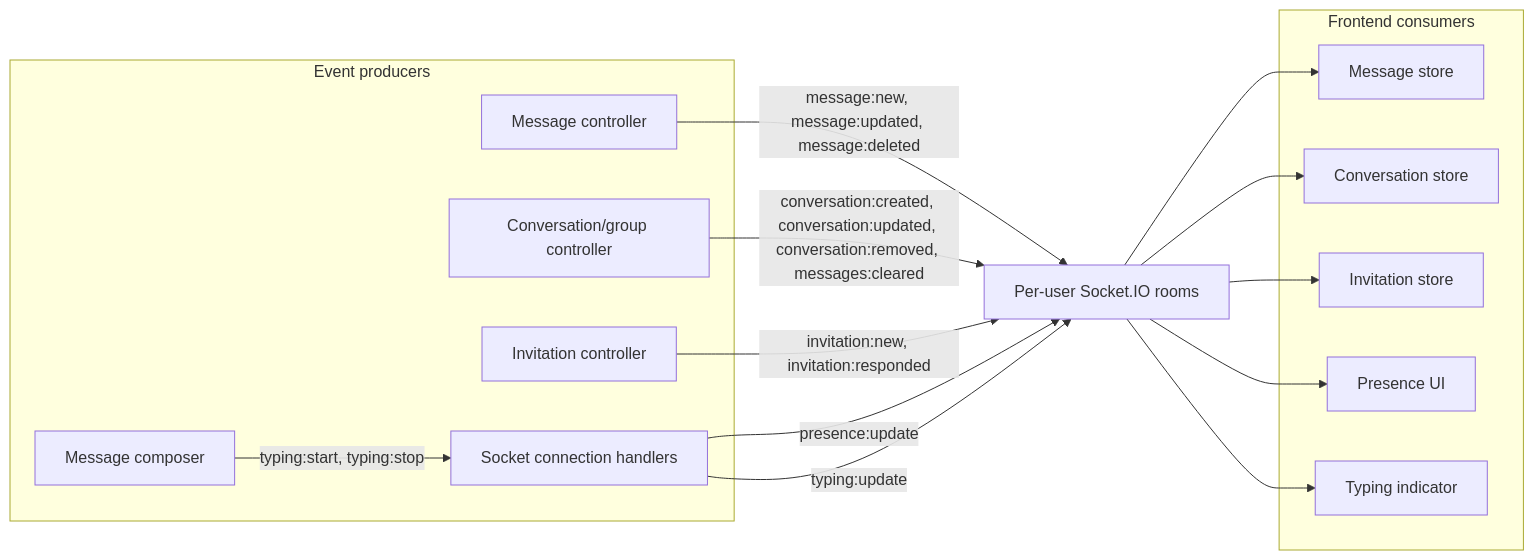
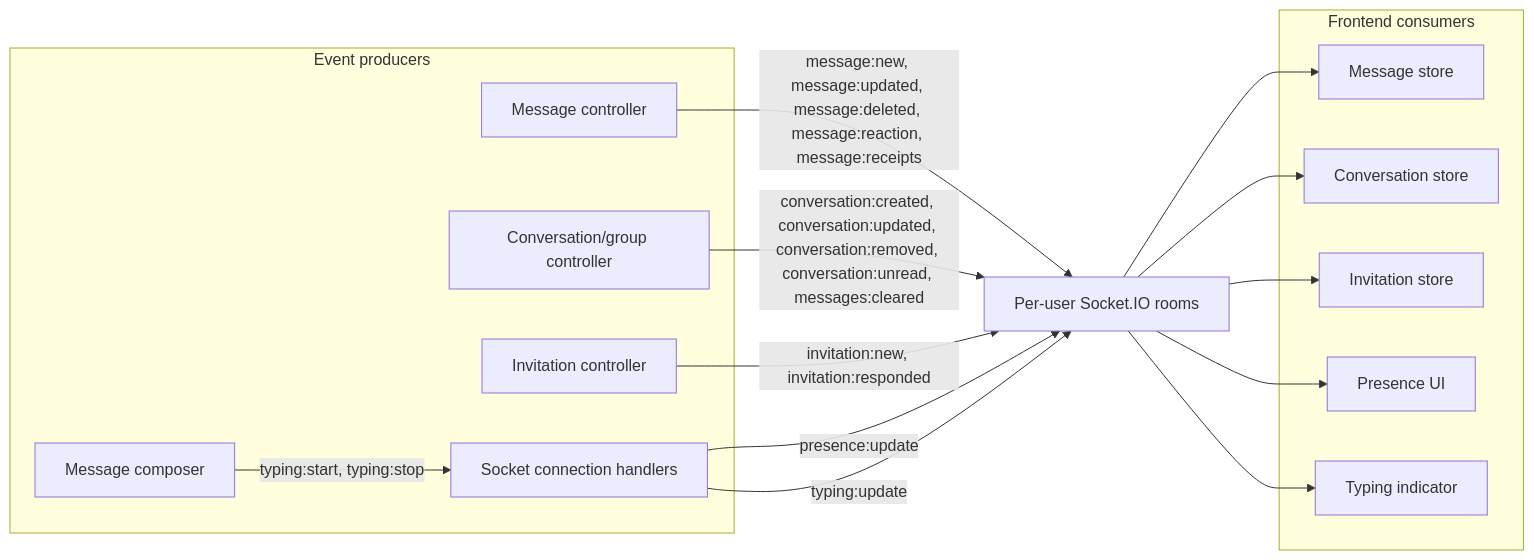
One commit to Saurav11343/click-chat changed diagram 23 of 26 in docs/10-diagram-catalog.md. Above: the diagram before and after it, drawn with Mermaid. The commit also changed other lines of this file and 18 other files, not shown here.

Commit message:
refactoring message api and controller and updated docs

````diff
--- a/docs/10-diagram-catalog.md
+++ b/docs/10-diagram-catalog.md
@@ -744,33 +760,33 @@
 ```mermaid
 flowchart LR
     subgraph Producers["Event producers"]
         MessageAPI["Message controller"]
         InviteAPI["Invitation controller"]
         SocketHandlers["Socket connection handlers"]
         Composer["Message composer"]
         ConversationAPI["Conversation/group controller"]
     end
 
     Rooms["Per-user Socket.IO rooms"]
 
     subgraph Consumers["Frontend consumers"]
         MessageStore["Message store"]
         ConversationStore["Conversation store"]
         InvitationStore["Invitation store"]
         PresenceUI["Presence UI"]
         TypingUI["Typing indicator"]
     end
 
-    MessageAPI -->|"message:new, message:updated, message:deleted"| Rooms
-    ConversationAPI -->|"conversation:created, conversation:updated, conversation:removed, messages:cleared"| Rooms
+    MessageAPI -->|"message:new, message:updated, message:deleted, message:reaction, message:receipts"| Rooms
+    ConversationAPI -->|"conversation:created, conversation:updated, conversation:removed, conversation:unread, messages:cleared"| Rooms
     InviteAPI -->|"invitation:new, invitation:responded"| Rooms
     SocketHandlers -->|"presence:update"| Rooms
     Composer -->|"typing:start, typing:stop"| SocketHandlers
     SocketHandlers -->|"typing:update"| Rooms
 
     Rooms --> MessageStore
     Rooms --> ConversationStore
     Rooms --> InvitationStore
     Rooms --> PresenceUI
     Rooms --> TypingUI
 ```
````
